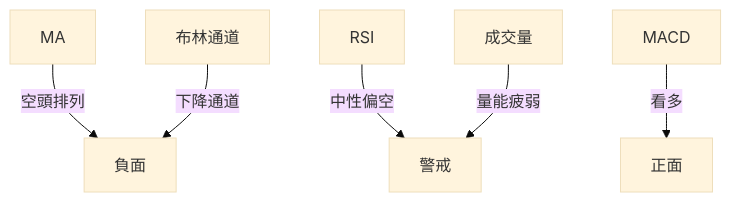
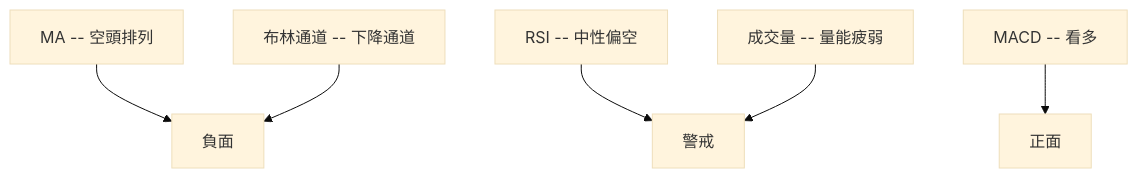
One commit to yennanliu/finance_data changed the fifth of 10 diagrams in ai_gen_report/stock/grab/technical_analysis_2026-03-29_openai.md. Above: the diagram before and after it, drawn with Mermaid (base theme). The commit also changed other lines of this file and 2258 other files, not shown here.

First line of the commit message:
chore: backfill Mermaid syntax repair across existing reports

````diff
--- a/ai_gen_report/stock/grab/technical_analysis_2026-03-29_openai.md
+++ b/ai_gen_report/stock/grab/technical_analysis_2026-03-29_openai.md
@@ -219,8 +219,8 @@
 ```mermaid
 graph TD
-    MA -- 空頭排列 --> 負面
-    RSI -- 中性偏空 --> 警戒
-    MACD -- 看多 --> 正面
-    布林通道 -- 下降通道 --> 負面
-    成交量 -- 量能疲弱 --> 警戒
+    nb1["MA -- 空頭排列"] --> 負面
+    nb2["RSI -- 中性偏空"] --> 警戒
+    nb3["MACD -- 看多"] --> 正面
+    nb4["布林通道 -- 下降通道"] --> 負面
+    nb5["成交量 -- 量能疲弱"] --> 警戒
 ```
````
